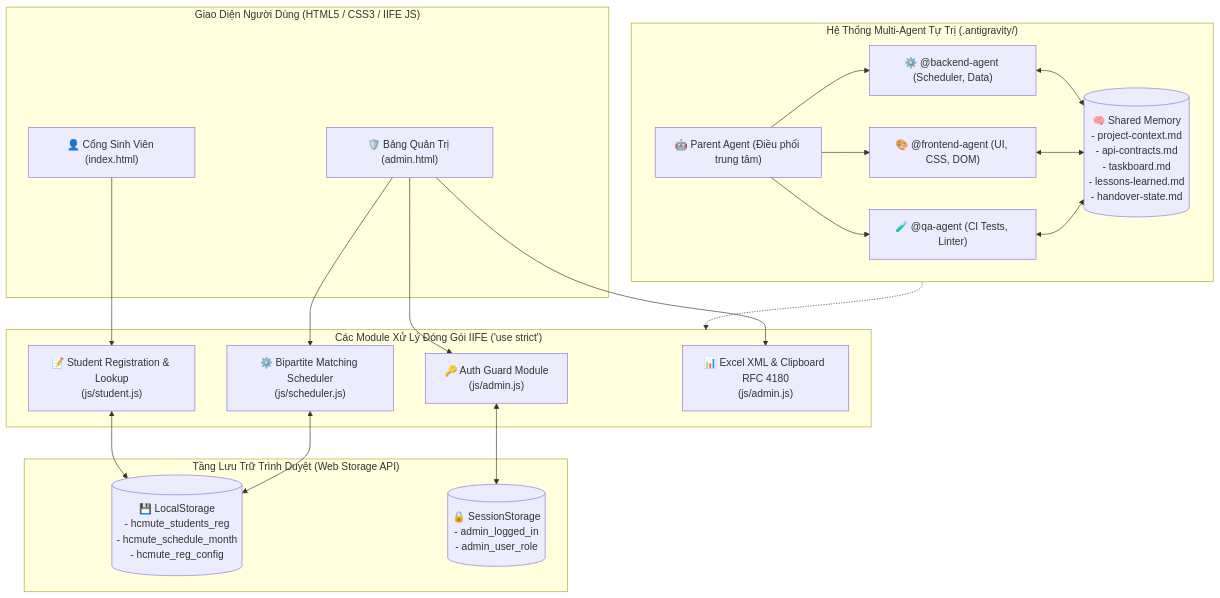
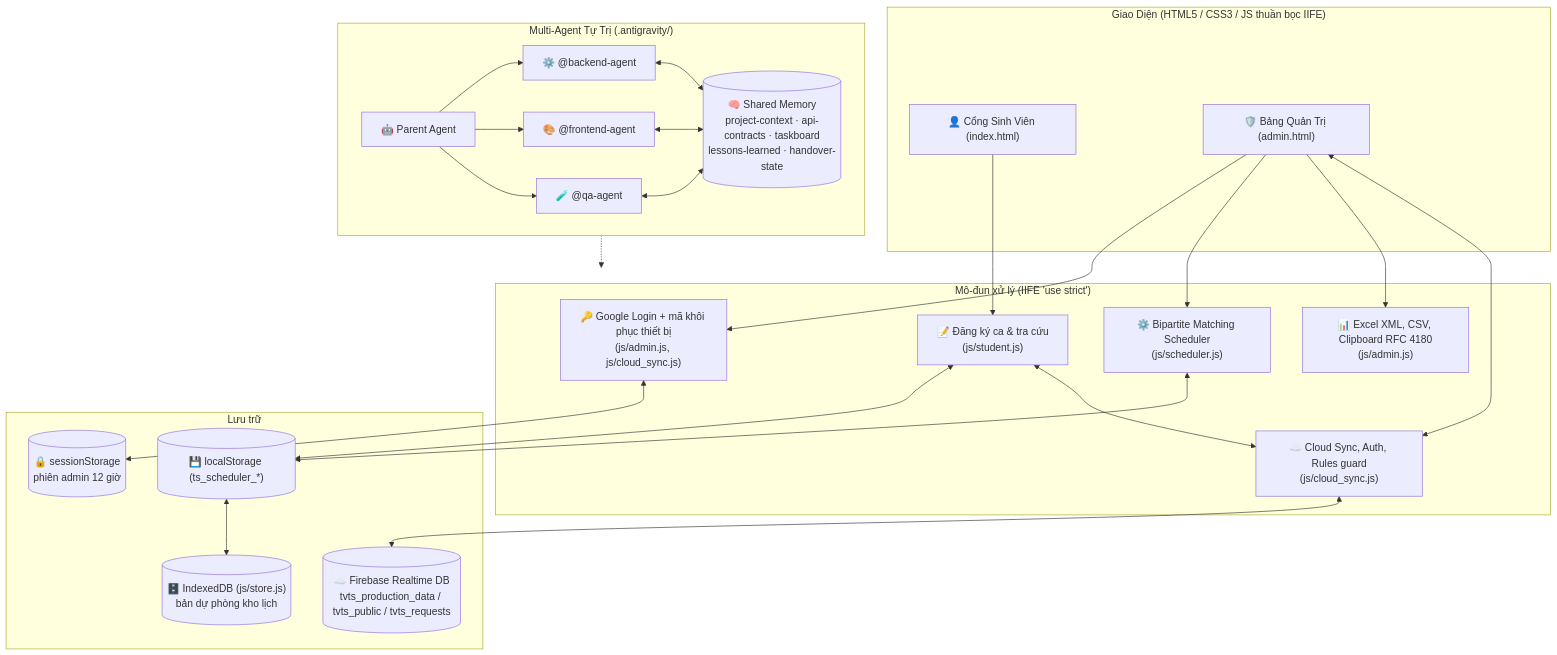
Before and after one commit to vtt132109/tvts: the diagram in README.md, drawn with Mermaid. The commit also changed other lines of this file, not shown here.

Commit message:
docs(readme): sync with current features, tests and Firebase workflow

````diff
--- a/README.md
+++ b/README.md
@@ -35,38 +42,45 @@
 ```mermaid
 flowchart TD
-    subgraph ClientUI ["Giao Diện Người Dùng (HTML5 / CSS3 / IIFE JS)"]
+    subgraph ClientUI ["Giao Diện (HTML5 / CSS3 / JS thuần bọc IIFE)"]
         SP["👤 Cổng Sinh Viên (index.html)"]
         AP["🛡️ Bảng Quản Trị (admin.html)"]
     end
 
-    subgraph CoreEngines ["Các Module Xử Lý Đóng Gói IIFE ('use strict')"]
-        AuthModule["🔑 Auth Guard Module\n(js/admin.js)"]
-        StudentModule["📝 Student Registration & Lookup\n(js/student.js)"]
+    subgraph CoreEngines ["Mô-đun xử lý (IIFE 'use strict')"]
+        AuthModule["🔑 Google Login + mã khôi phục thiết bị\n(js/admin.js, js/cloud_sync.js)"]
+        StudentModule["📝 Đăng ký ca & tra cứu\n(js/student.js)"]
         SchedulerModule["⚙️ Bipartite Matching Scheduler\n(js/scheduler.js)"]
-        ExportModule["📊 Excel XML & Clipboard RFC 4180\n(js/admin.js)"]
+        ExportModule["📊 Excel XML, CSV, Clipboard RFC 4180\n(js/admin.js)"]
+        CloudModule["☁️ Cloud Sync, Auth, Rules guard\n(js/cloud_sync.js)"]
     end
 
-    subgraph StorageLayer ["Tầng Lưu Trữ Trình Duyệt (Web Storage API)"]
-        LS[("💾 LocalStorage\n- hcmute_students_reg\n- hcmute_schedule_month\n- hcmute_reg_config")]
-        SS[("🔒 SessionStorage\n- admin_logged_in\n- admin_user_role")]
+    subgraph StorageLayer ["Lưu trữ"]
+        LS[("💾 localStorage (ts_scheduler_*)")]
+        IDB[("🗄️ IndexedDB (js/store.js)\nbản dự phòng kho lịch")]
+        SS[("🔒 sessionStorage\nphiên admin 12 giờ")]
+        FB[("☁️ Firebase Realtime DB\ntvts_production_data / tvts_public / tvts_requests")]
     end
 
-    subgraph MultiAgentSystem ["Hệ Thống Multi-Agent Tự Trị (.antigravity/)"]
-        ParentAgent["🤖 Parent Agent (Điều phối trung tâm)"]
-        BackendAgent["⚙️ @backend-agent (Scheduler, Data)"]
-        FrontendAgent["🎨 @frontend-agent (UI, CSS, DOM)"]
-        QAAgent["🧪 @qa-agent (CI Tests, Linter)"]
-        SharedMemory[("🧠 Shared Memory\n- project-context.md\n- api-contracts.md\n- taskboard.md\n- lessons-learned.md\n- handover-state.md")]
+    subgraph MultiAgentSystem ["Multi-Agent Tự Trị (.antigravity/)"]
+        ParentAgent["🤖 Parent Agent"]
+        BackendAgent["⚙️ @backend-agent"]
+        FrontendAgent["🎨 @frontend-agent"]
+        QAAgent["🧪 @qa-agent"]
+        SharedMemory[("🧠 Shared Memory\nproject-context · api-contracts · taskboard\nlessons-learned · handover-state")]
     end
 
     SP --> StudentModule
     AP --> AuthModule
     AP --> SchedulerModule
     AP --> ExportModule
     StudentModule <--> LS
     SchedulerModule <--> LS
+    LS <--> IDB
     AuthModule <--> SS
+    StudentModule <--> CloudModule
+    AP <--> CloudModule
+    CloudModule <--> FB
     MultiAgentSystem -.-> CoreEngines
     ParentAgent --> BackendAgent & FrontendAgent & QAAgent
     BackendAgent & FrontendAgent & QAAgent <--> SharedMemory
 ```
````
